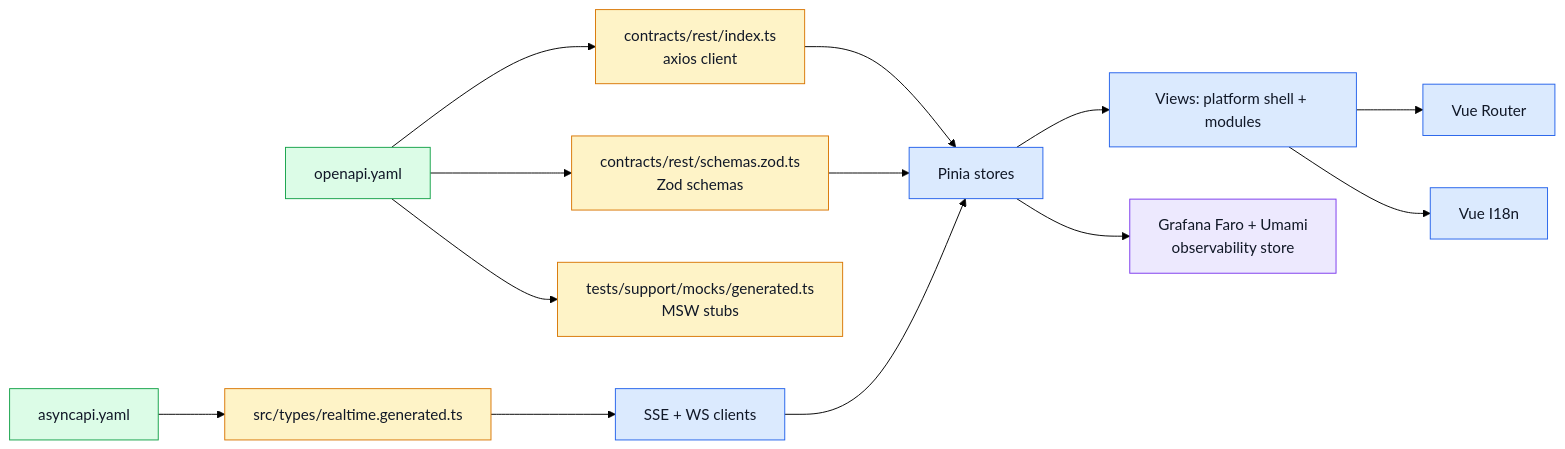
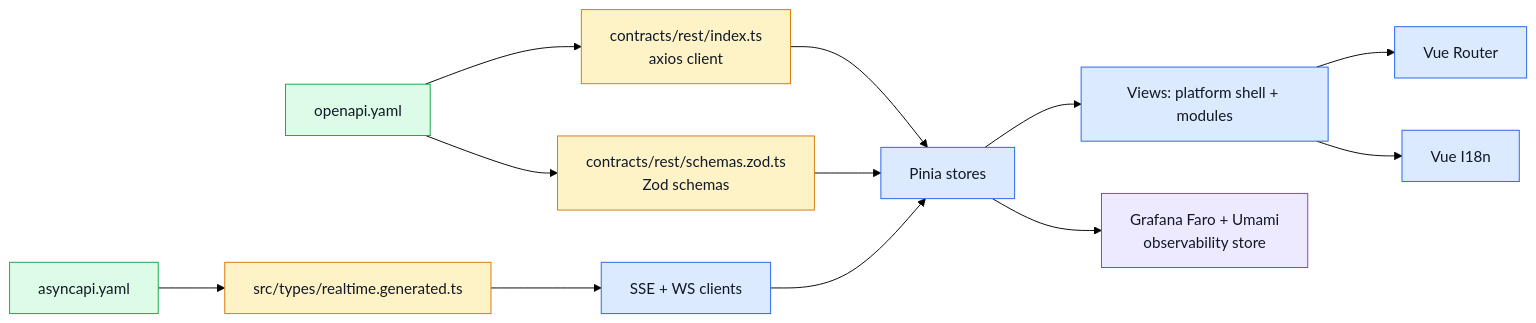
One commit to Guebbit/boilerplate-vue-frontend changed the second of 2 diagrams in docs/index.md. Above: the diagram before and after it, drawn with Mermaid (forest theme). The commit also changed 20 other files, not shown here.

````diff
--- a/docs/index.md
+++ b/docs/index.md
@@ -88,27 +88,26 @@
 ```mermaid
 %%{init: {'flowchart': {'nodeSpacing': 55, 'rankSpacing': 70}}}%%
 flowchart LR
     OpenSpec[openapi.yaml] --> Client[contracts/rest/index.ts\naxios client]
     OpenSpec --> Schemas[contracts/rest/schemas.zod.ts\nZod schemas]
-    OpenSpec --> Mocks[tests/support/mocks/generated.ts\nMSW stubs]
     AsyncSpec[asyncapi.yaml] --> Realtime[src/types/realtime.generated.ts]
 
     Client --> Stores[Pinia stores]
     Schemas --> Stores
     Stores --> Views[Views: platform shell + modules]
     Views --> Router[Vue Router]
     Views --> I18N[Vue I18n]
     Realtime --> RTClients[SSE + WS clients]
     RTClients --> Stores
 
     Stores --> Obs[Grafana Faro + Umami\nobservability store]
 
     classDef contract fill:#dcfce7,stroke:#16a34a,color:#111827;
     classDef generated fill:#fef3c7,stroke:#d97706,color:#111827;
     classDef app fill:#dbeafe,stroke:#2563eb,color:#111827;
     classDef obs fill:#ede9fe,stroke:#7c3aed,color:#111827;
     class OpenSpec,AsyncSpec contract;
     class Client,Schemas,Mocks,Realtime generated;
     class Stores,Views,Router,I18N,RTClients app;
     class Obs obs;
 ```
````
